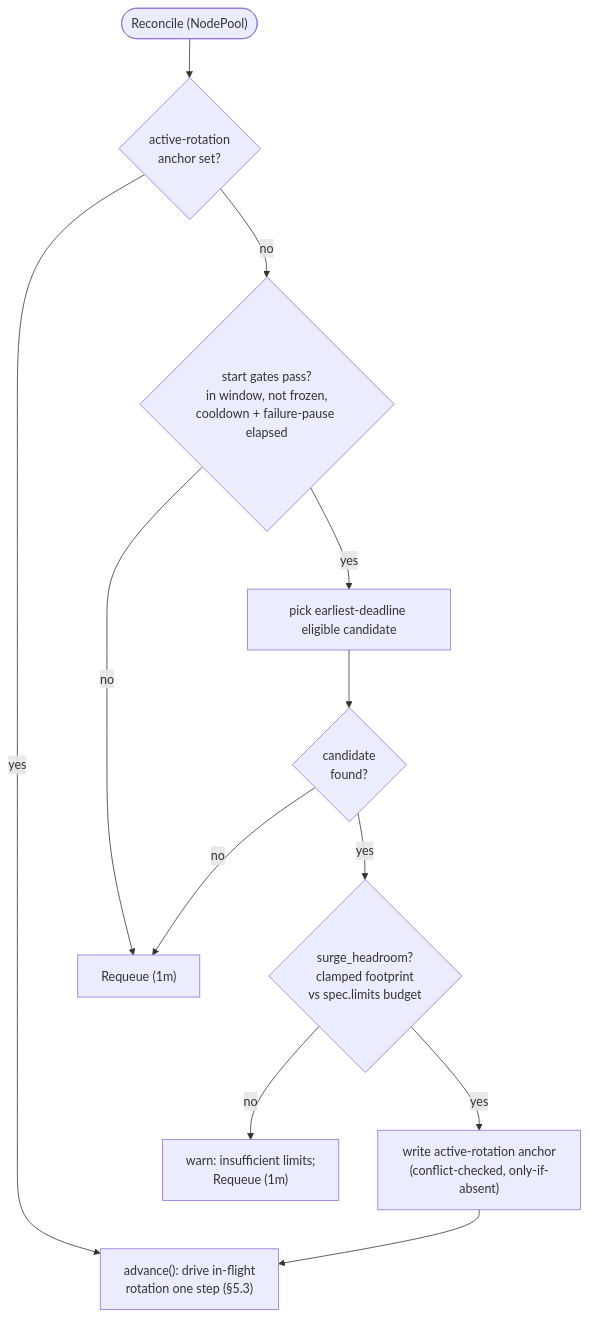
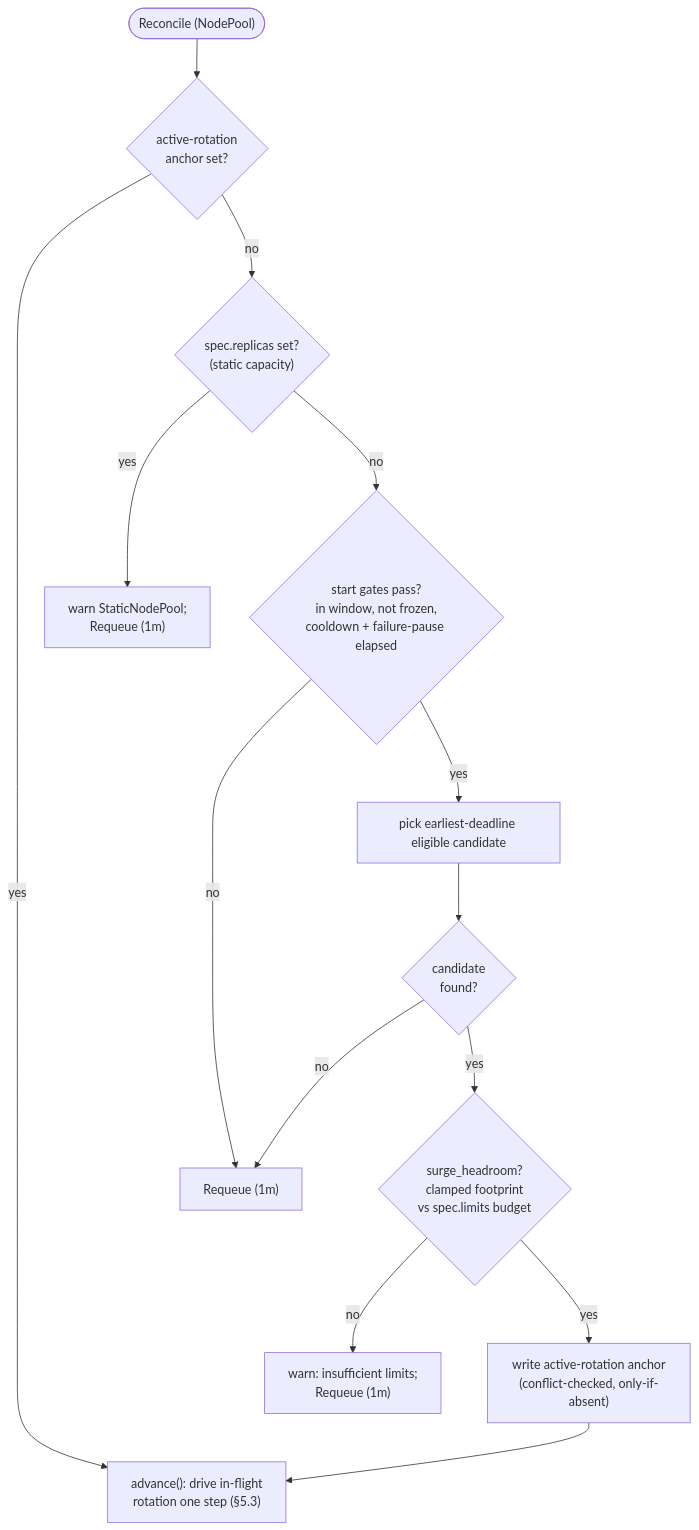
One commit to AkashiSN/node-rotation-controller changed the second of 3 diagrams in docs/specification/05-implementation.md. Above: the diagram before and after it, drawn with Mermaid. The commit also changed other lines of this file and 13 other files, not shown here.

First line of the commit message:
fix(controller): refuse to start a rotation on a static NodePool (#308)

````diff
--- a/docs/specification/05-implementation.md
+++ b/docs/specification/05-implementation.md
@@ -51,14 +51,16 @@
 ```mermaid
 flowchart TD
     entry(["Reconcile (NodePool)"]) --> q1{"active-rotation<br/>anchor set?"}
     q1 -->|yes| adv["advance(): drive in-flight<br/>rotation one step (§5.3)"]
-    q1 -->|no| q2{"start gates pass?<br/>in window, not frozen,<br/>cooldown + failure-pause elapsed"}
+    q1 -->|no| q1b{"spec.replicas set?<br/>(static capacity)"}
+    q1b -->|yes| stat["warn StaticNodePool;<br/>Requeue (1m)"]
+    q1b -->|no| q2{"start gates pass?<br/>in window, not frozen,<br/>cooldown + failure-pause elapsed"}
     q2 -->|no| rq["Requeue (1m)"]
     q2 -->|yes| pick["pick earliest-deadline eligible candidate"]
     pick --> q3{"candidate<br/>found?"}
     q3 -->|no| rq
     q3 -->|yes| q4{"surge_headroom?<br/>clamped footprint<br/>vs spec.limits budget"}
     q4 -->|no| warn["warn: insufficient limits;<br/>Requeue (1m)"]
     q4 -->|yes| anchor["write active-rotation anchor<br/>(conflict-checked, only-if-absent)"]
     anchor --> adv
 ```
````
